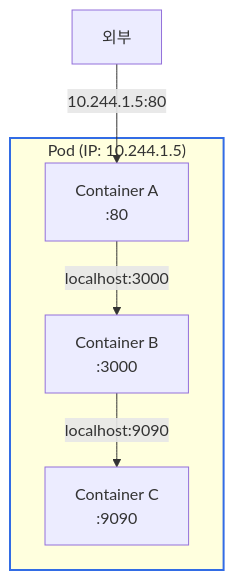
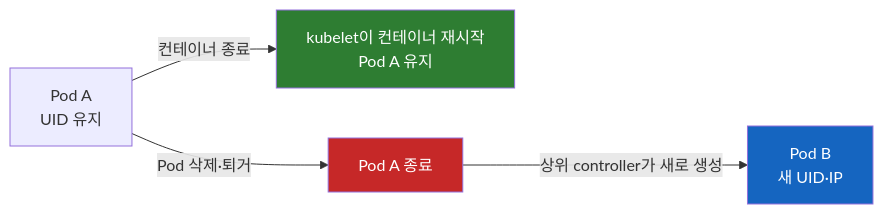
The first of 8 diagrams in kubernetes/Kubernetes-Pod.md (sskim91/TIL), drawn with Mermaid before and after one commit. The commit also changed other lines of this file and 39 other files, not shown here.

````diff
--- a/kubernetes/Kubernetes-Pod.md
+++ b/kubernetes/Kubernetes-Pod.md
@@ -119,15 +15,9 @@
 ```mermaid
-flowchart TB
-    subgraph Pod["Pod (IP: 10.244.1.5)"]
-        C1["Container A<br>:80"]
-        C2["Container B<br>:3000"]
-        C3["Container C<br>:9090"]
-    end
-
-    C1 -->|"localhost:3000"| C2
-    C2 -->|"localhost:9090"| C3
-
-    EXT[외부] -->|"10.244.1.5:80"| C1
-
-    style Pod stroke:#326CE5,stroke-width:2px
+flowchart LR
+    P["Pod A<br>UID 유지"] -->|"컨테이너 종료"| R["kubelet이 컨테이너 재시작<br>Pod A 유지"]
+    P -->|"Pod 삭제·퇴거"| X["Pod A 종료"]
+    X -->|"상위 controller가 새로 생성"| N["Pod B<br>새 UID·IP"]
+    style R fill:#2E7D32,color:#fff
+    style X fill:#C62828,color:#fff
+    style N fill:#1565C0,color:#fff
 ```
````
